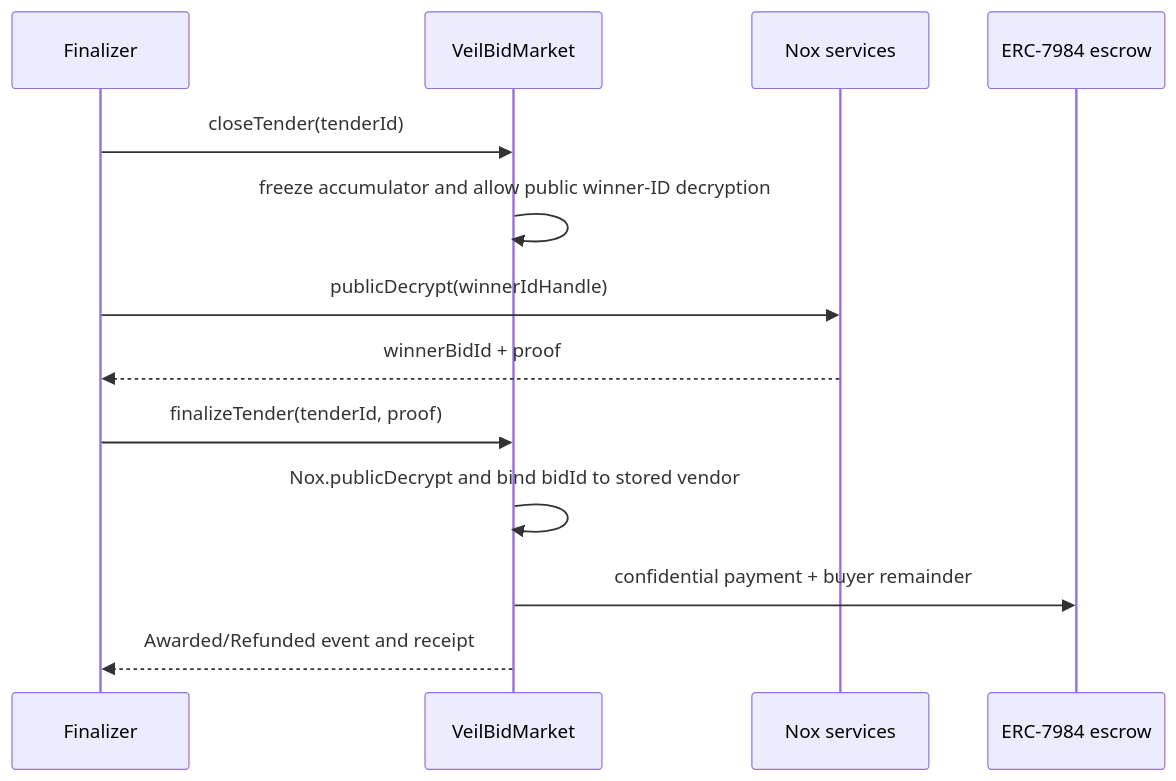
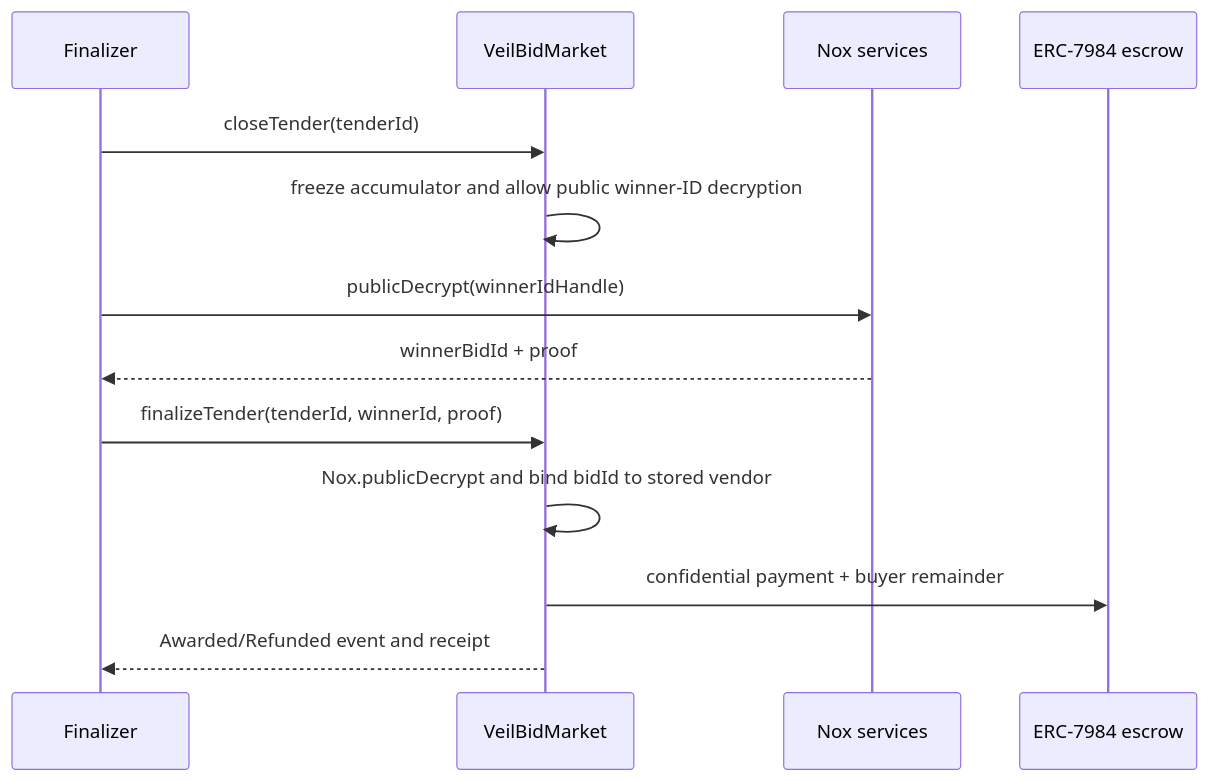
One commit to huutrungle2001/Veilbid changed the second of 2 diagrams in docs/architecture.md. Above: the diagram before and after it, drawn with Mermaid. The commit also changed other lines of this file and 4 other files, not shown here.

````diff
--- a/docs/architecture.md
+++ b/docs/architecture.md
@@ -109,16 +118,16 @@
 ```mermaid
 sequenceDiagram
     participant F as Finalizer
     participant M as VeilBidMarket
     participant N as Nox services
     participant E as ERC-7984 escrow
 
     F->>M: closeTender(tenderId)
     M->>M: freeze accumulator and allow public winner-ID decryption
     F->>N: publicDecrypt(winnerIdHandle)
     N-->>F: winnerBidId + proof
-    F->>M: finalizeTender(tenderId, proof)
+    F->>M: finalizeTender(tenderId, winnerId, proof)
     M->>M: Nox.publicDecrypt and bind bidId to stored vendor
     M->>E: confidential payment + buyer remainder
     M-->>F: Awarded/Refunded event and receipt
 ```
````
